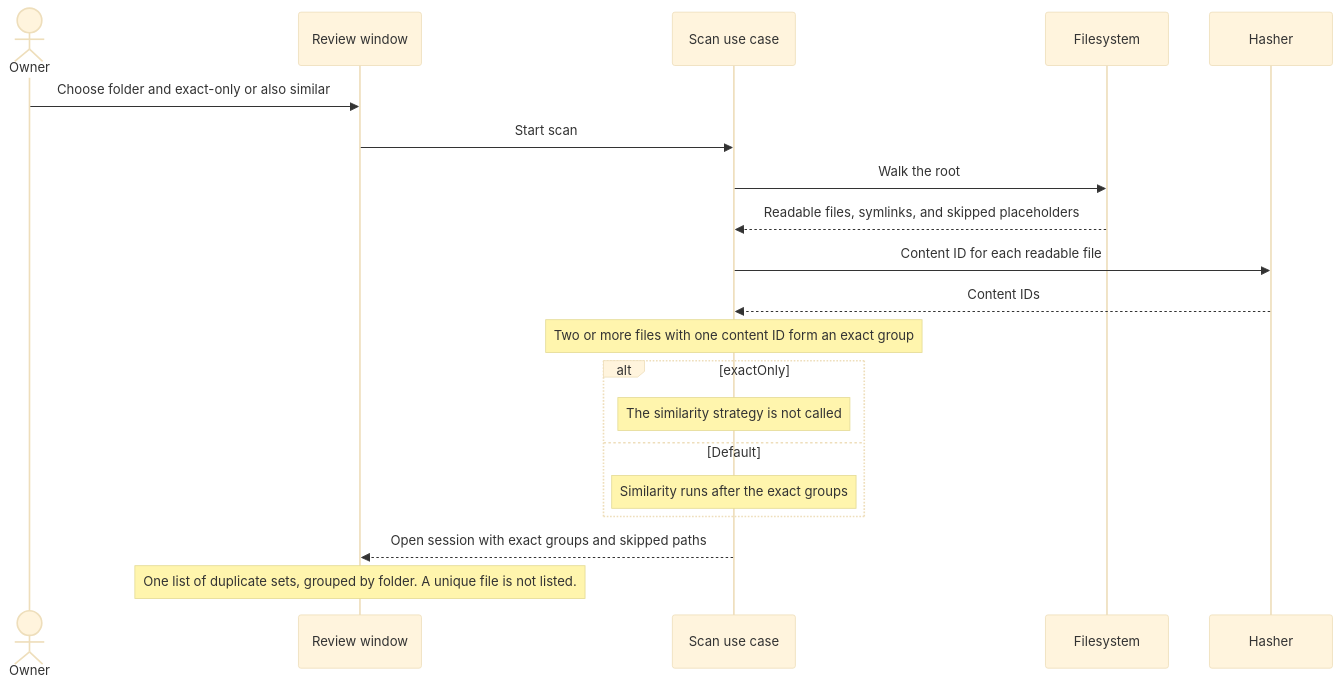
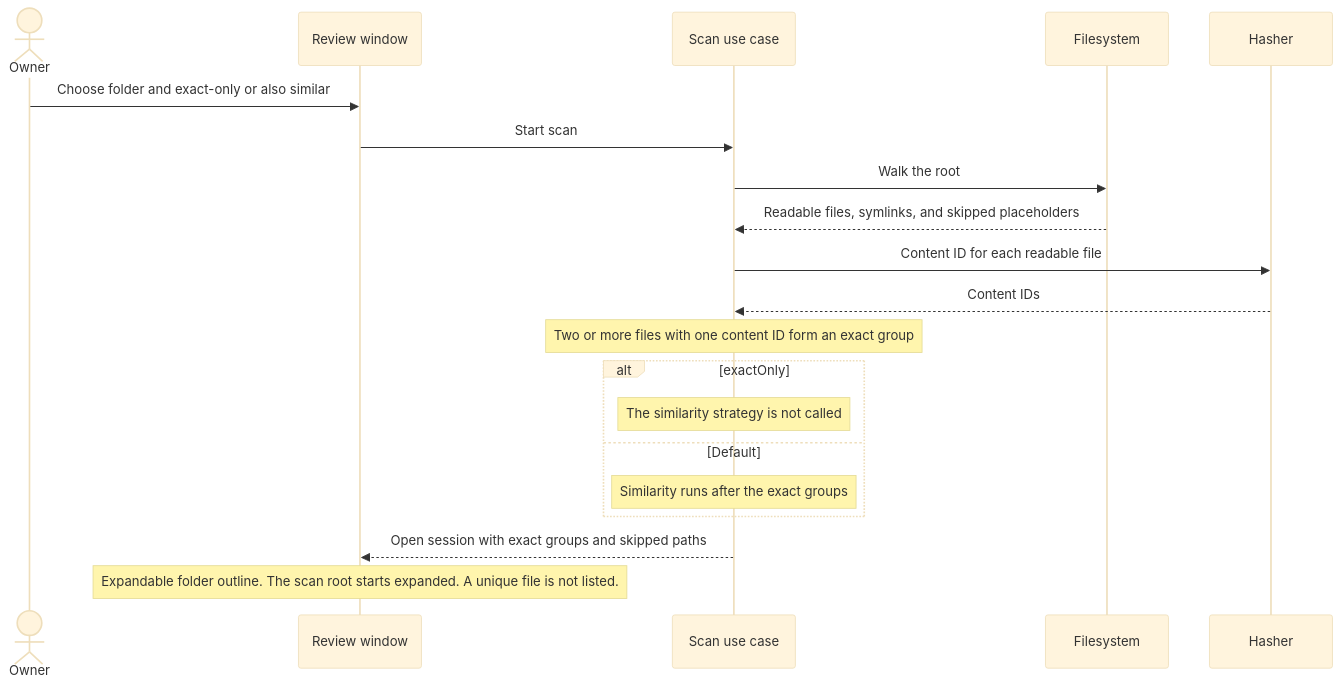
One commit to cionz0/hdsort changed the second of 8 diagrams in docs/use-cases.md. Above: the diagram before and after it, drawn with Mermaid (base theme). The commit also changed other lines of this file and 11 other files, not shown here.

Commit message:
Let the owner open folders in the outline and trash a selected folder with its contents.

````diff
--- a/docs/use-cases.md
+++ b/docs/use-cases.md
@@ -34,22 +34,22 @@
 ```mermaid
 sequenceDiagram
   actor Owner
   participant Window as Review window
   participant Scan as Scan use case
   participant Disk as Filesystem
   participant Hash as Hasher
   Owner->>Window: Choose folder and exact-only or also similar
   Window->>Scan: Start scan
   Scan->>Disk: Walk the root
   Disk-->>Scan: Readable files, symlinks, and skipped placeholders
   Scan->>Hash: Content ID for each readable file
   Hash-->>Scan: Content IDs
   Note over Scan: Two or more files with one content ID form an exact group
   alt exactOnly
     Note over Scan: The similarity strategy is not called
   else Default
     Note over Scan: Similarity runs after the exact groups
   end
   Scan-->>Window: Open session with exact groups and skipped paths
-  Note over Window: One list of duplicate sets, grouped by folder. A unique file is not listed.
+  Note over Window: Expandable folder outline. The scan root starts expanded. A unique file is not listed.
 ```
````
